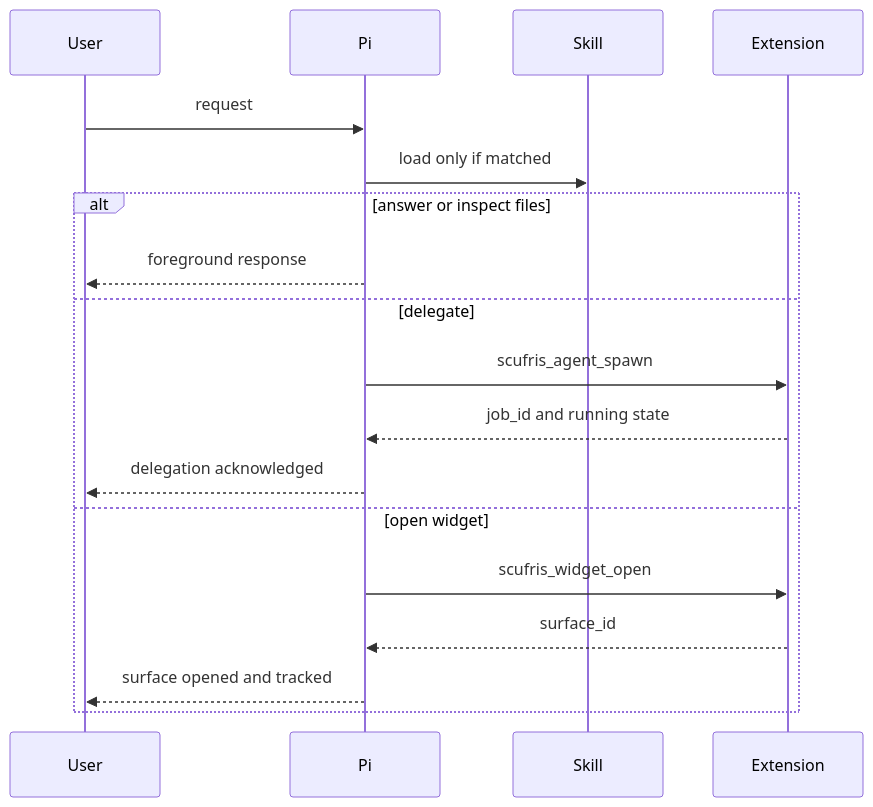
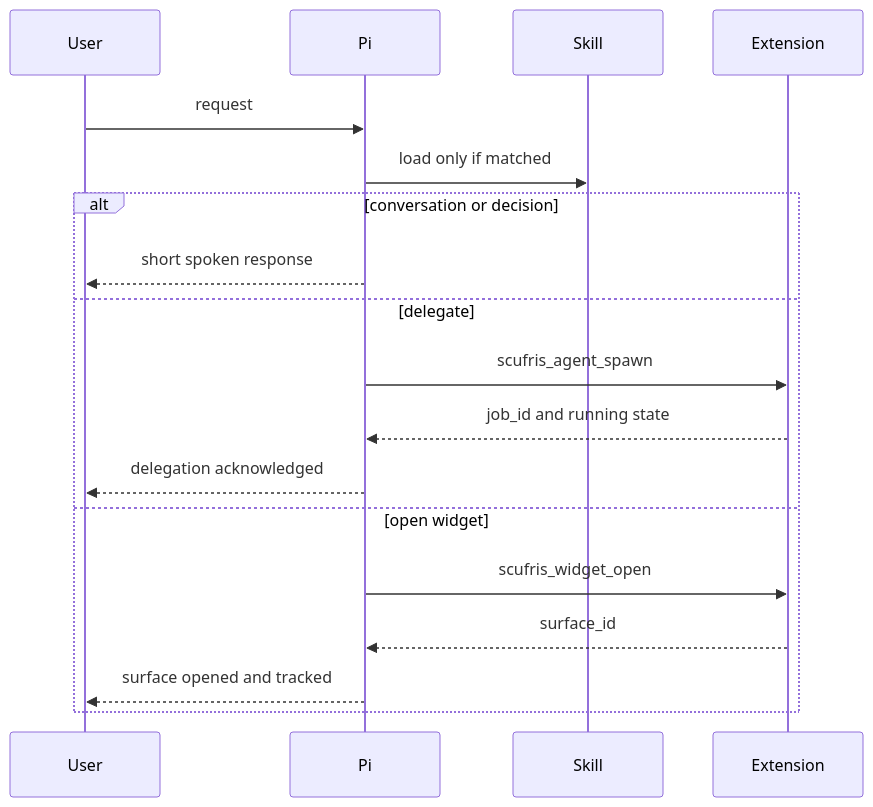
Before and after one commit to alexjercan/scufris2: the second of 5 diagrams in tasks/20260818-222337/ARCHITECTURE.md, drawn with Mermaid. The commit also changed other lines of this file and 22 other files, not shown here.

````diff
--- a/tasks/20260818-222337/ARCHITECTURE.md
+++ b/tasks/20260818-222337/ARCHITECTURE.md
@@ -238,21 +246,21 @@
 ```mermaid
 sequenceDiagram
   participant User
   participant Pi
   participant Skill
   participant Extension
 
   User->>Pi: request
   Pi->>Skill: load only if matched
-  alt answer or inspect files
-    Pi-->>User: foreground response
+  alt conversation or decision
+    Pi-->>User: short spoken response
   else delegate
     Pi->>Extension: scufris_agent_spawn
     Extension-->>Pi: job_id and running state
     Pi-->>User: delegation acknowledged
   else open widget
     Pi->>Extension: scufris_widget_open
     Extension-->>Pi: surface_id
     Pi-->>User: surface opened and tracked
   end
 ```
````
